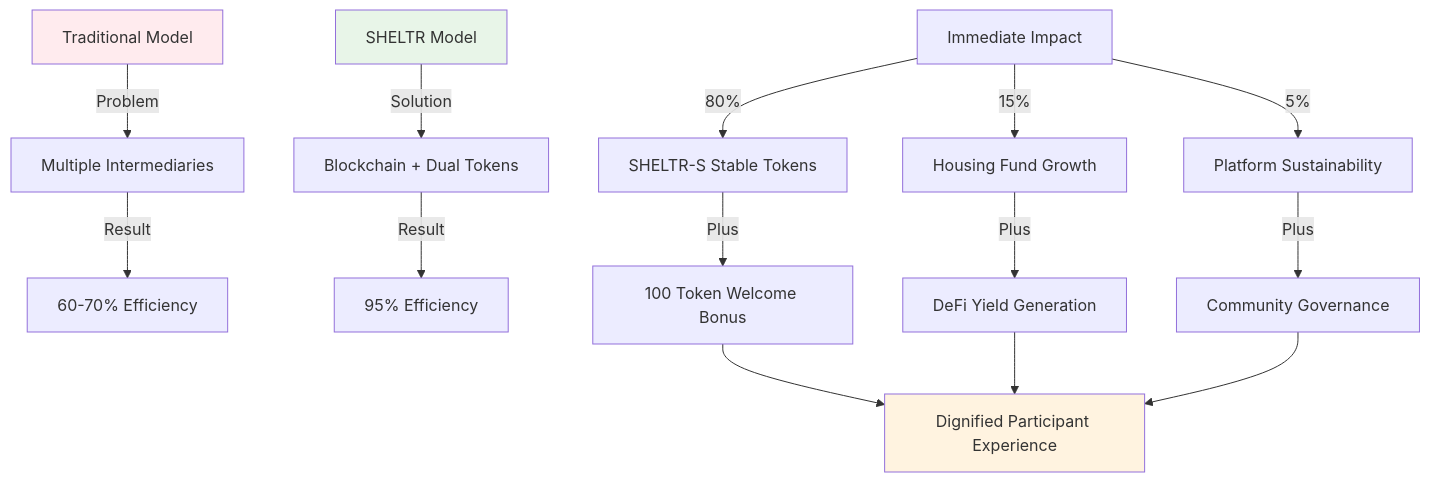
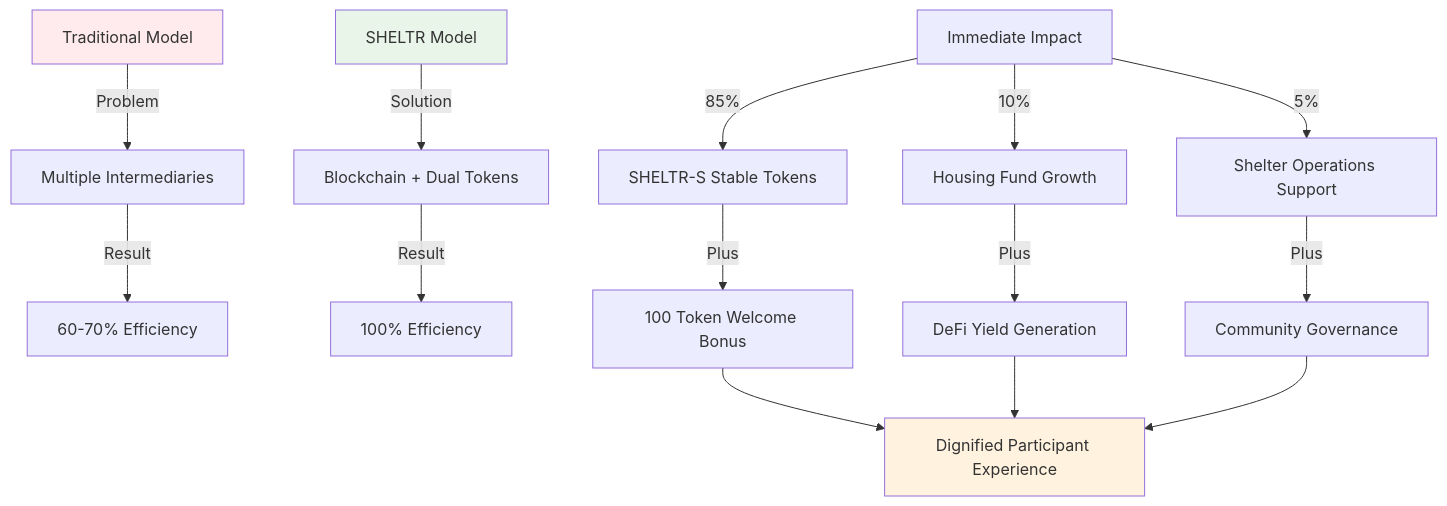
The diagram in docs/01-overview/hacking_homelessness.md (mrj0nesmtl/sheltr-ai), drawn with Mermaid before and after one commit. The commit also changed other lines of this file and 27 other files, not shown here.

````diff
--- a/docs/01-overview/hacking_homelessness.md
+++ b/docs/01-overview/hacking_homelessness.md
@@ -50,24 +50,24 @@
 ```mermaid
 graph TD
     A[Traditional Model] -->|Problem| B[Multiple Intermediaries]
     B -->|Result| C[60-70% Efficiency]
     
     D[SHELTR Model] -->|Solution| E[Blockchain + Dual Tokens]
-    E -->|Result| F[95% Efficiency]
+    E -->|Result| F[100% Efficiency]
     
-    G[Immediate Impact] -->|80%| H[SHELTR-S Stable Tokens]
-    G -->|15%| I[Housing Fund Growth]
-    G -->|5%| J[Platform Sustainability]
+    G[Immediate Impact] -->|85%| H[SHELTR-S Stable Tokens]
+    G -->|10%| I[Housing Fund Growth]
+    G -->|5%| J[Shelter Operations Support]
     
     H -->|Plus| K[100 Token Welcome Bonus]
     I -->|Plus| L[DeFi Yield Generation]
     J -->|Plus| M[Community Governance]
     
     K --> N[Dignified Participant Experience]
     L --> N
     M --> N
     
     style A fill:#ffebee
     style D fill:#e8f5e8
     style N fill:#fff3e0
 ```
````
